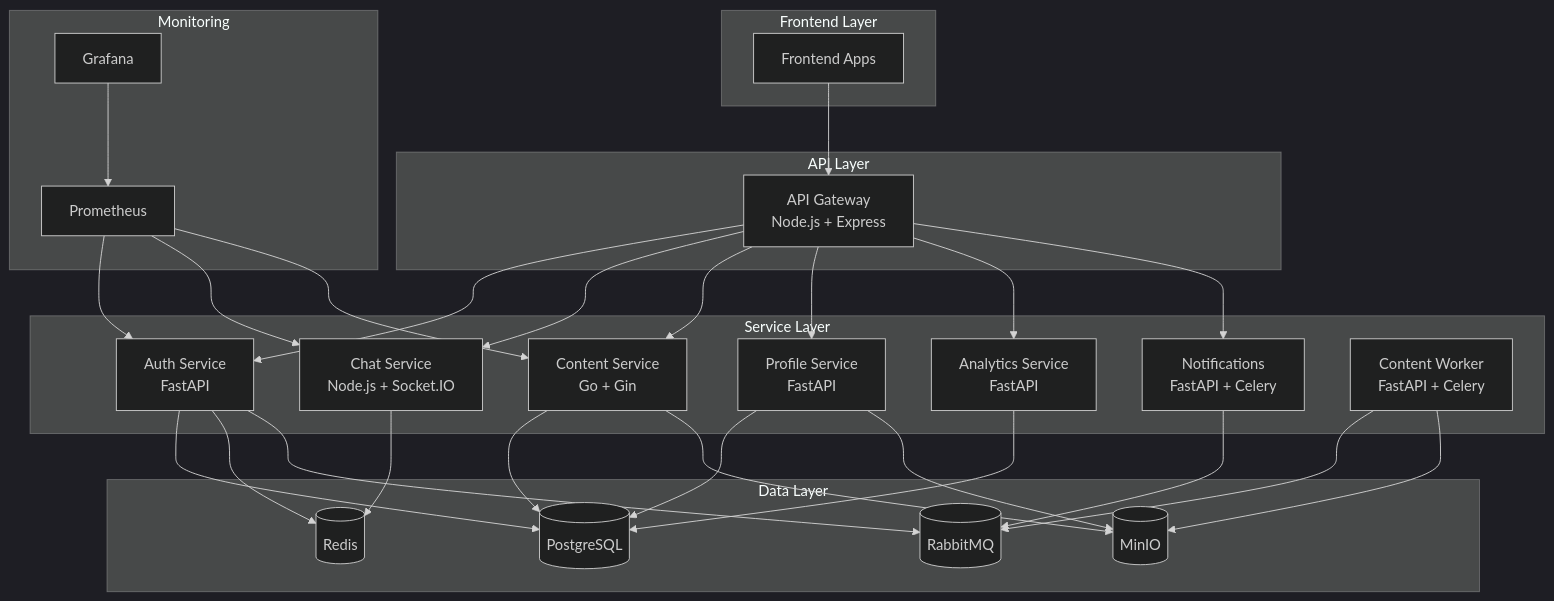
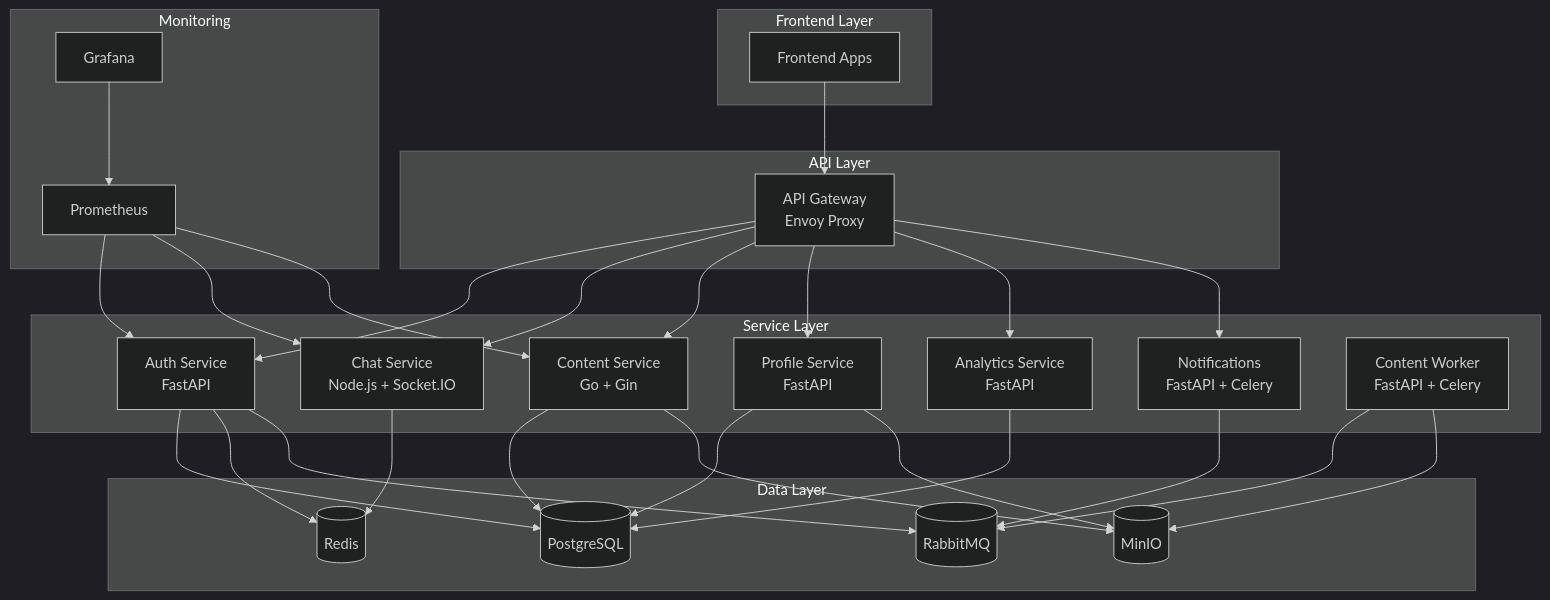
Before and after one commit to M1aso/ai-project: the diagram in TECHNOLOGY_OVERVIEW.md, drawn with Mermaid (dark theme). The commit also changed other lines of this file and 2 other files, not shown here.

First paragraph of the commit message:
📚 UPDATE: Documentation - Fix outdated information and add dynamic OpenAPI details
🔧 Issues Fixed:

````diff
--- a/TECHNOLOGY_OVERVIEW.md
+++ b/TECHNOLOGY_OVERVIEW.md
@@ -7,59 +7,59 @@
 ```mermaid
 graph TB
     subgraph "Frontend Layer"
         FE[Frontend Apps]
     end
     
     subgraph "API Layer"
-        GW[API Gateway<br/>Node.js + Express]
+        GW[API Gateway<br/>Envoy Proxy]
     end
     
     subgraph "Service Layer"
         AUTH[Auth Service<br/>FastAPI]
         CHAT[Chat Service<br/>Node.js + Socket.IO]
         CONTENT[Content Service<br/>Go + Gin]
         PROFILE[Profile Service<br/>FastAPI]
         ANALYTICS[Analytics Service<br/>FastAPI]
         NOTIFY[Notifications<br/>FastAPI + Celery]
         WORKER[Content Worker<br/>FastAPI + Celery]
     end
     
     subgraph "Data Layer"
         PG[(PostgreSQL)]
         REDIS[(Redis)]
         RABBIT[(RabbitMQ)]
         MINIO[(MinIO)]
     end
     
     subgraph "Monitoring"
         PROM[Prometheus]
         GRAF[Grafana]
     end
     
     FE --> GW
     GW --> AUTH
     GW --> CHAT
     GW --> CONTENT
     GW --> PROFILE
     GW --> ANALYTICS
     GW --> NOTIFY
     
     AUTH --> PG
     AUTH --> REDIS
     AUTH --> RABBIT
     
     CHAT --> REDIS
     CONTENT --> PG
     CONTENT --> MINIO
     PROFILE --> PG
     PROFILE --> MINIO
     ANALYTICS --> PG
     NOTIFY --> RABBIT
     WORKER --> RABBIT
     WORKER --> MINIO
     
     PROM --> AUTH
     PROM --> CHAT
     PROM --> CONTENT
     GRAF --> PROM
 ```
````
